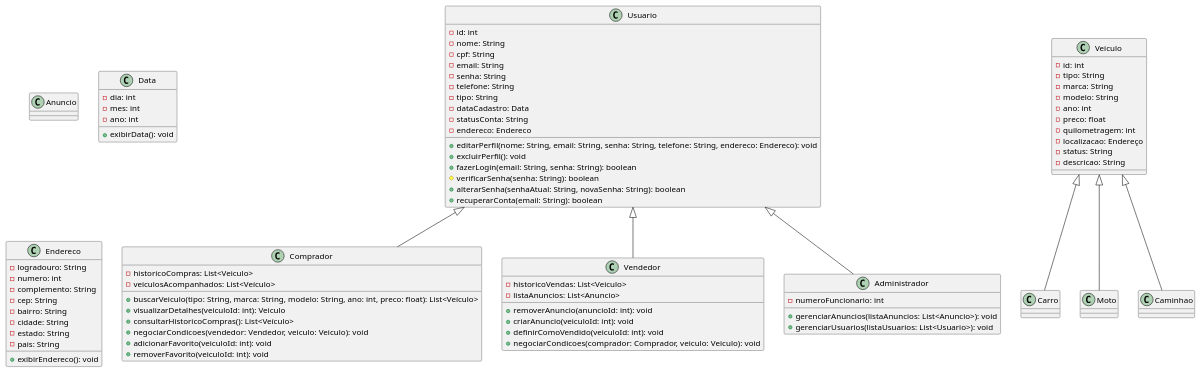
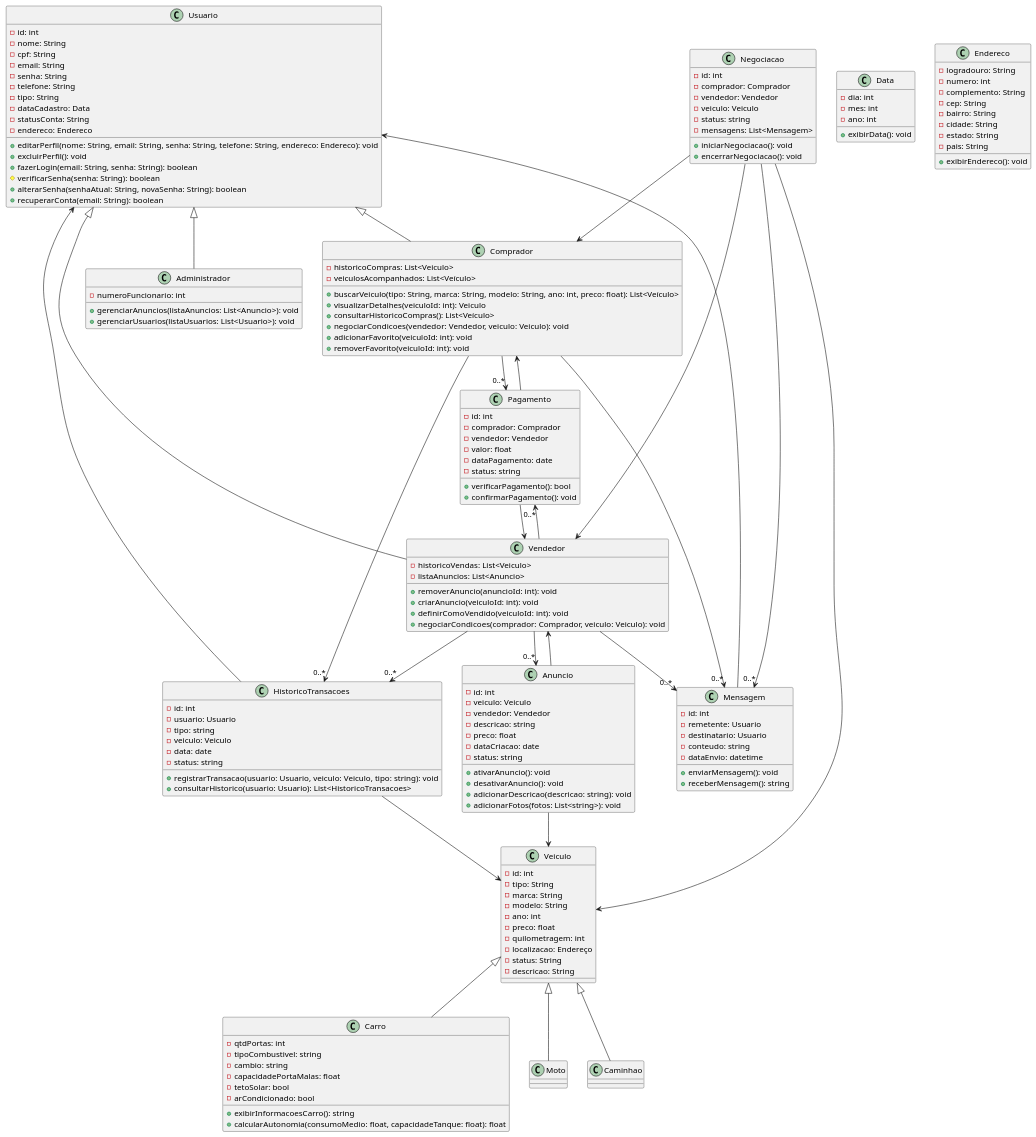
Before and after one commit to guilhermeoliveirateo/sistema-compra-venda-veiculos: the diagram in classes.md, drawn with PlantUML.

````diff
--- a/classes.md
+++ b/classes.md
@@ -78,6 +78,14 @@
 }
 
 class Carro {
+- qtdPortas: int
+- tipoCombustivel: string
+- cambio: string
+- capacidadePortaMalas: float
+- tetoSolar: bool
+- arCondicionado: bool
++ exibirInformacoesCarro(): string
++ calcularAutonomia(consumoMedio: float, capacidadeTanque: float): float
 }
 
 class Moto {
@@ -91,8 +99,63 @@
 Veiculo <|-- Caminhao
 
 class Anuncio {
+    - id: int
+    - veiculo: Veiculo
+    - vendedor: Vendedor
+    - descricao: string
+    - preco: float
+    - dataCriacao: date
+    - status: string
+    + ativarAnuncio(): void
+    + desativarAnuncio(): void
+    + adicionarDescricao(descricao: string): void
+    + adicionarFotos(fotos: List<string>): void
 
 }
+
+class Pagamento {
+    - id: int
+    - comprador: Comprador
+    - vendedor: Vendedor
+    - valor: float
+    - dataPagamento: date
+    - status: string
+    + verificarPagamento(): bool
+    + confirmarPagamento(): void
+}
+
+class HistoricoTransacoes {
+    - id: int
+    - usuario: Usuario
+    - tipo: string
+    - veiculo: Veiculo
+    - data: date
+    - status: string
+    + registrarTransacao(usuario: Usuario, veiculo: Veiculo, tipo: string): void
+    + consultarHistorico(usuario: Usuario): List<HistoricoTransacoes>
+}
+
+class Mensagem {
+    - id: int
+    - remetente: Usuario
+    - destinatario: Usuario
+    - conteudo: string
+    - dataEnvio: datetime
+    + enviarMensagem(): void
+    + receberMensagem(): string
+}
+
+class Negociacao {
+    - id: int
+    - comprador: Comprador
+    - vendedor: Vendedor
+    - veiculo: Veiculo
+    - status: string
+    - mensagens: List<Mensagem>
+    + iniciarNegociacao(): void
+    + encerrarNegociacao(): void
+}
+
 
 class Data {
 -dia: int
@@ -114,6 +177,25 @@
 
 +exibirEndereco(): void
 }
+
+Comprador --> "0..*" HistoricoTransacoes
+Vendedor --> "0..*" Anuncio
+Vendedor --> "0..*" HistoricoTransacoes
+Comprador --> "0..*" Mensagem
+Vendedor --> "0..*" Mensagem
+Comprador --> "0..*" Pagamento
+Vendedor --> "0..*" Pagamento
+Anuncio --> Veiculo
+Anuncio --> Vendedor
+Negociacao --> Comprador
+Negociacao --> Vendedor
+Negociacao --> Veiculo
+Negociacao --> "0..*" Mensagem
+HistoricoTransacoes --> Veiculo
+HistoricoTransacoes --> Usuario
+Pagamento --> Comprador
+Pagamento --> Vendedor
+Mensagem --> Usuario
  
 @enduml
 ```
````
